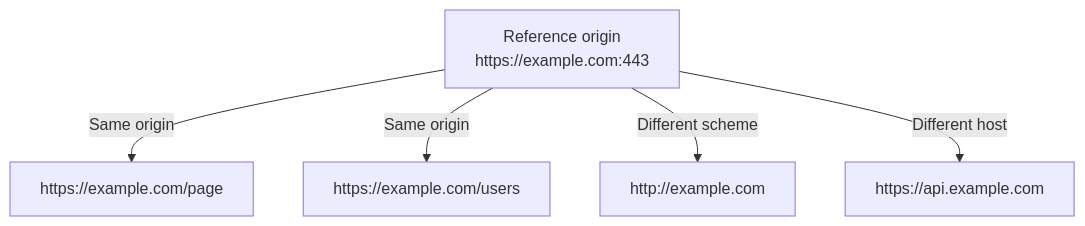
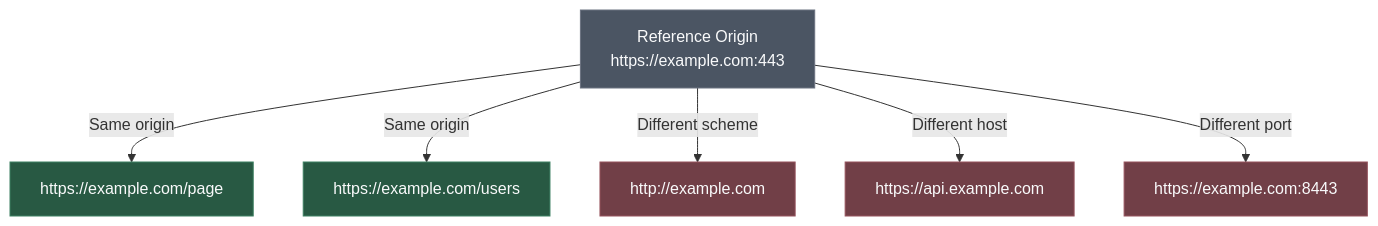
One commit to Rokiis1/Teaching-Materia changed the third of 4 diagrams in docs/en/web_fundamentals/web_security/1_level/1_level_web_security.md. Above: the diagram before and after it, drawn with Mermaid. The commit also changed other lines of this file and 15 other files, not shown here.

````diff
--- a/docs/en/web_fundamentals/web_security/1_level/1_level_web_security.md
+++ b/docs/en/web_fundamentals/web_security/1_level/1_level_web_security.md
@@ -50,14 +67,20 @@
 ```mermaid
 flowchart TD
-    O["Reference origin<br/>https://example.com:443"]
-
+    O["Reference Origin<br/>https://example.com:443"]
     A["https://example.com/page"]
     B["https://example.com/users"]
     C["http://example.com"]
     D["https://api.example.com"]
-
+    E["https://example.com:8443"]
     O -->|"Same origin"| A
     O -->|"Same origin"| B
     O -->|"Different scheme"| C
     O -->|"Different host"| D
+    O -->|"Different port"| E
+    style O fill:#4B5563,stroke:#6B7280,color:#F9FAFB
+    style A fill:#285943,stroke:#3D8062,color:#F9FAFB
+    style B fill:#285943,stroke:#3D8062,color:#F9FAFB
+    style C fill:#713F47,stroke:#96535D,color:#F9FAFB
+    style D fill:#713F47,stroke:#96535D,color:#F9FAFB
+    style E fill:#713F47,stroke:#96535D,color:#F9FAFB
 ```
````
